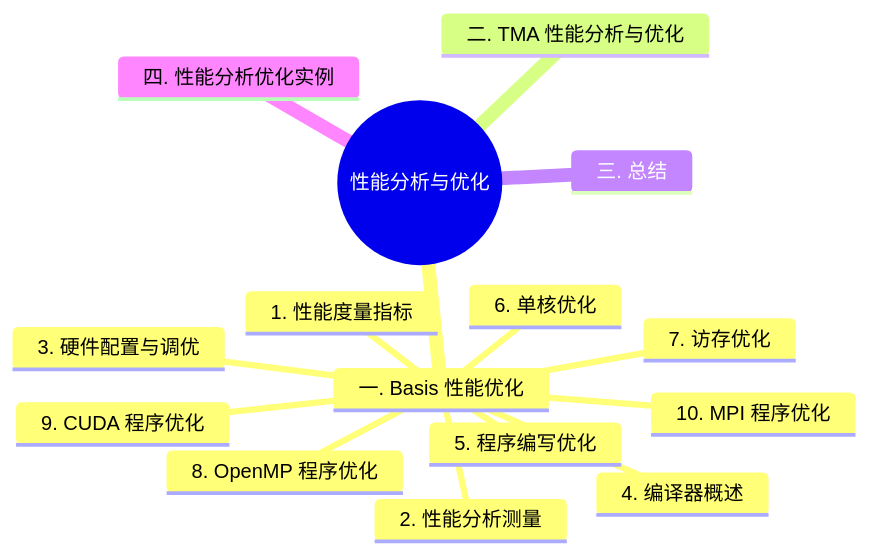
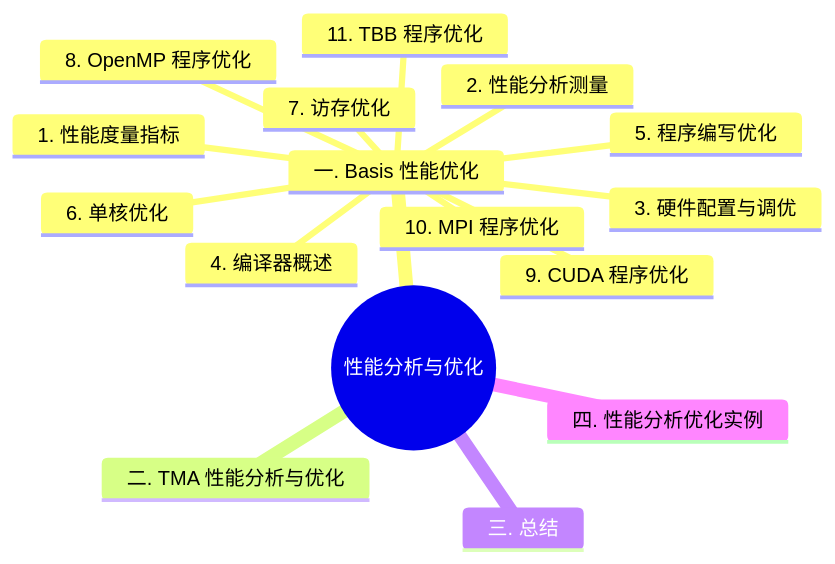
The first of 15 diagrams in README.md (Chang-Chiang/Performance-Analysis-And-Tuning), drawn with Mermaid before and after one commit. The commit also changed other lines of this file and 64 other files, not shown here.

````diff
--- a/README.md
+++ b/README.md
@@ -10,18 +49,19 @@
 ```mermaid
 mindmap
   root((性能分析与优化))
     一. Basis 性能优化
       1. 性能度量指标
       2. 性能分析测量
       3. 硬件配置与调优
       4. 编译器概述
       5. 程序编写优化
       6. 单核优化
       7. 访存优化
       8. OpenMP 程序优化
       9. CUDA 程序优化
       10. MPI 程序优化
+      11. TBB 程序优化
     二. TMA 性能分析与优化
     三. 总结
     四. 性能分析优化实例
 ```
````
